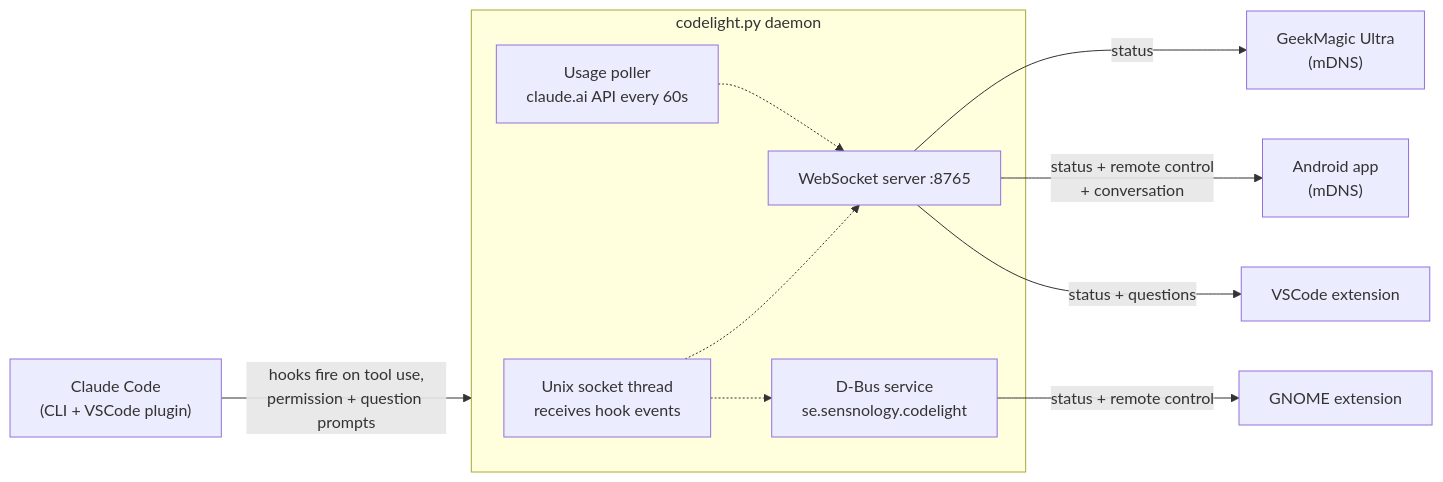
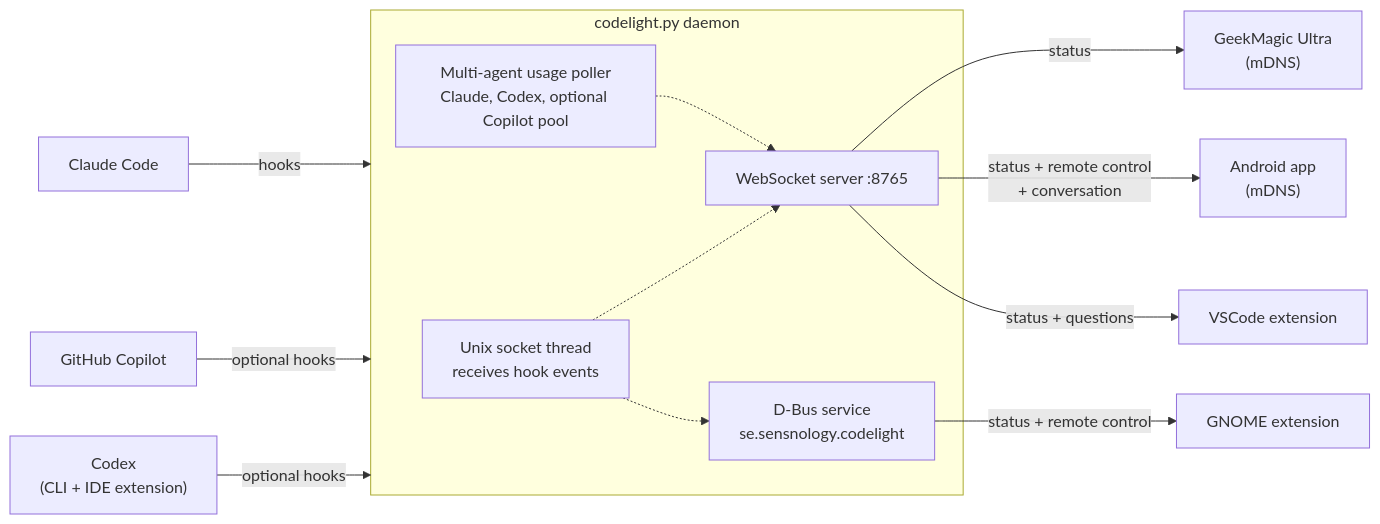
One commit to henrikekblad/codelight changed the diagram in README.md. Above: the diagram before and after it, drawn with Mermaid. The commit also changed other lines of this file and 50 other files, not shown here.

First line of the commit message:
feat: release multi-agent codelight 1.3.0

````diff
--- a/README.md
+++ b/README.md
@@ -46,20 +49,22 @@
 ```mermaid
 flowchart LR
-    CC["Claude Code<br/>(CLI + VSCode plugin)"] -->|hooks fire on tool use,<br/>permission + question prompts| D
+    CC["Claude Code"] -->|hooks| D
+    CP["GitHub Copilot"] -->|optional hooks| D
+    CX["Codex<br/>(CLI + IDE extension)"] -->|optional hooks| D
 
     subgraph D["codelight.py daemon"]
         SOCK["Unix socket thread<br/>receives hook events"]
-        USAGE["Usage poller<br/>claude.ai API every 60s"]
+        USAGE["Multi-agent usage poller<br/>Claude, Codex, optional Copilot pool"]
         WS["WebSocket server :8765"]
         DBUS["D-Bus service<br/>se.sensnology.codelight"]
     end
 
     WS -->|status| SCREEN["GeekMagic Ultra<br/>(mDNS)"]
     WS -->|status + remote control<br/>+ conversation| ANDROID["Android app<br/>(mDNS)"]
     WS -->|status + questions| VSCODE["VSCode extension"]
     DBUS -->|status + remote control| GNOME["GNOME extension"]
 
     USAGE -.-> WS
     SOCK -.-> WS
     SOCK -.-> DBUS
 ```
````
